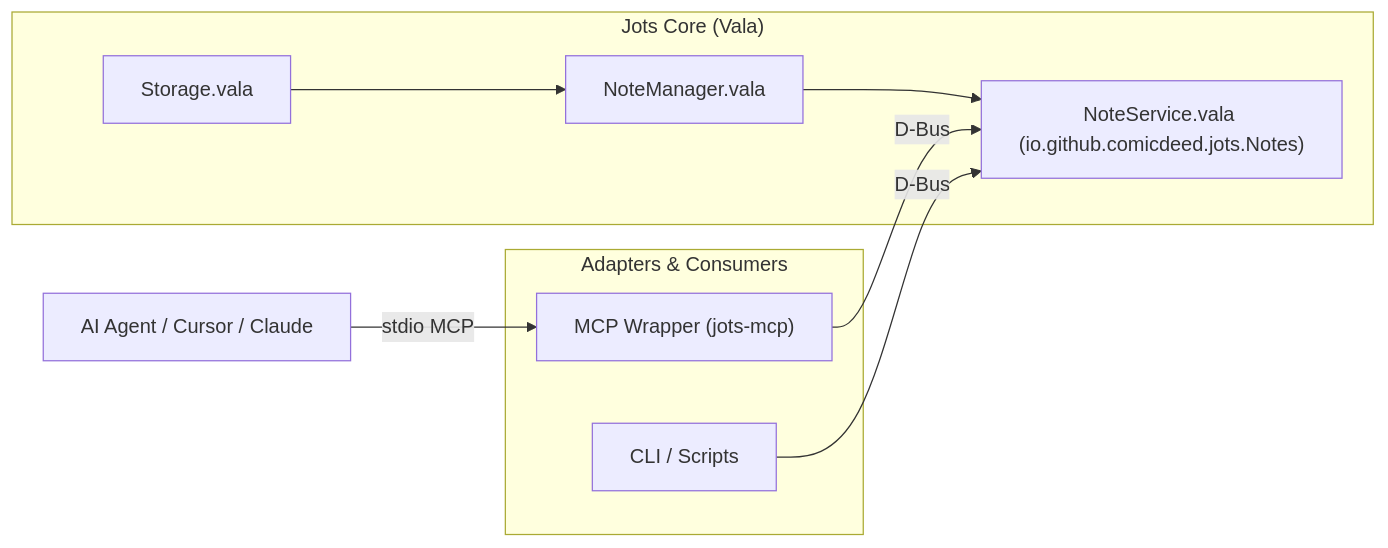
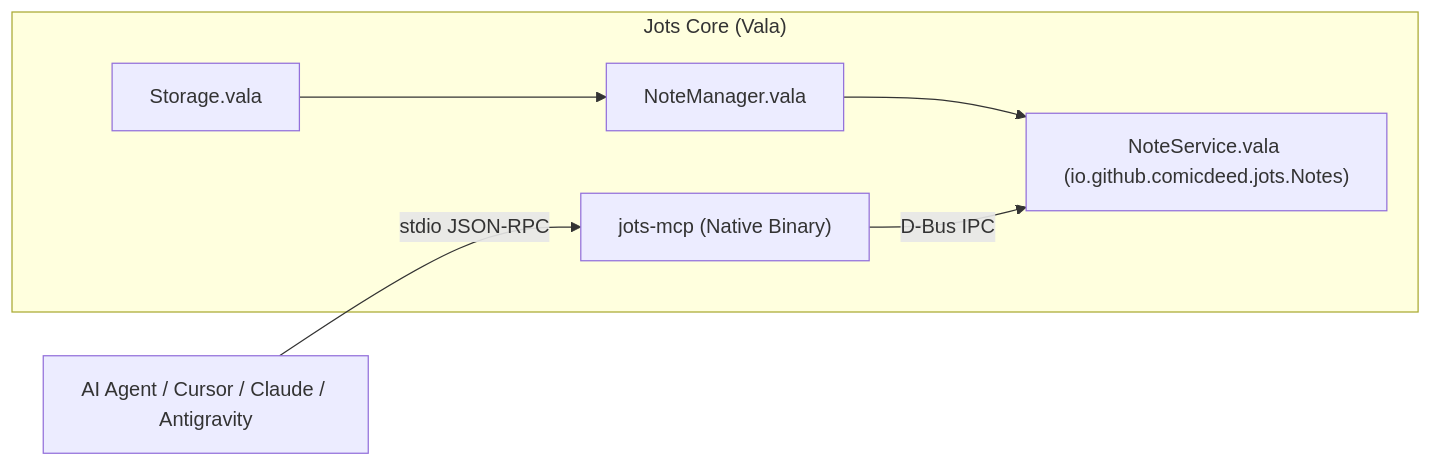
One commit to comicdeed/jots changed the diagram in docs/development/mcp-server.md. Above: the diagram before and after it, drawn with Mermaid. The commit also changed other lines of this file and 18 other files, not shown here.

Commit message:
feat: replace Python adapter with native Vala jots-mcp binary

````diff
--- a/docs/development/mcp-server.md
+++ b/docs/development/mcp-server.md
@@ -9,14 +9,10 @@
 ```mermaid
 graph LR
-    subgraph Jots Native Core ["Jots Core (Vala)"]
+    subgraph Jots System ["Jots Core (Vala)"]
         Storage["Storage.vala"] --> NoteMgr["NoteManager.vala"]
         NoteMgr --> NoteService["NoteService.vala (io.github.comicdeed.jots.Notes)"]
+        McpServer["jots-mcp (Native Binary)"] -->|D-Bus IPC| NoteService
     end
 
-    subgraph Adapters & Consumers
-        MCP["MCP Wrapper (jots-mcp)"] -->|D-Bus| NoteService
-        CLI["CLI / Scripts"] -->|D-Bus| NoteService
-    end
-
-    Agent[AI Agent / Cursor / Claude] -->|stdio MCP| MCP
+    Agent[AI Agent / Cursor / Claude / Antigravity] -->|stdio JSON-RPC| McpServer
 ```
````
